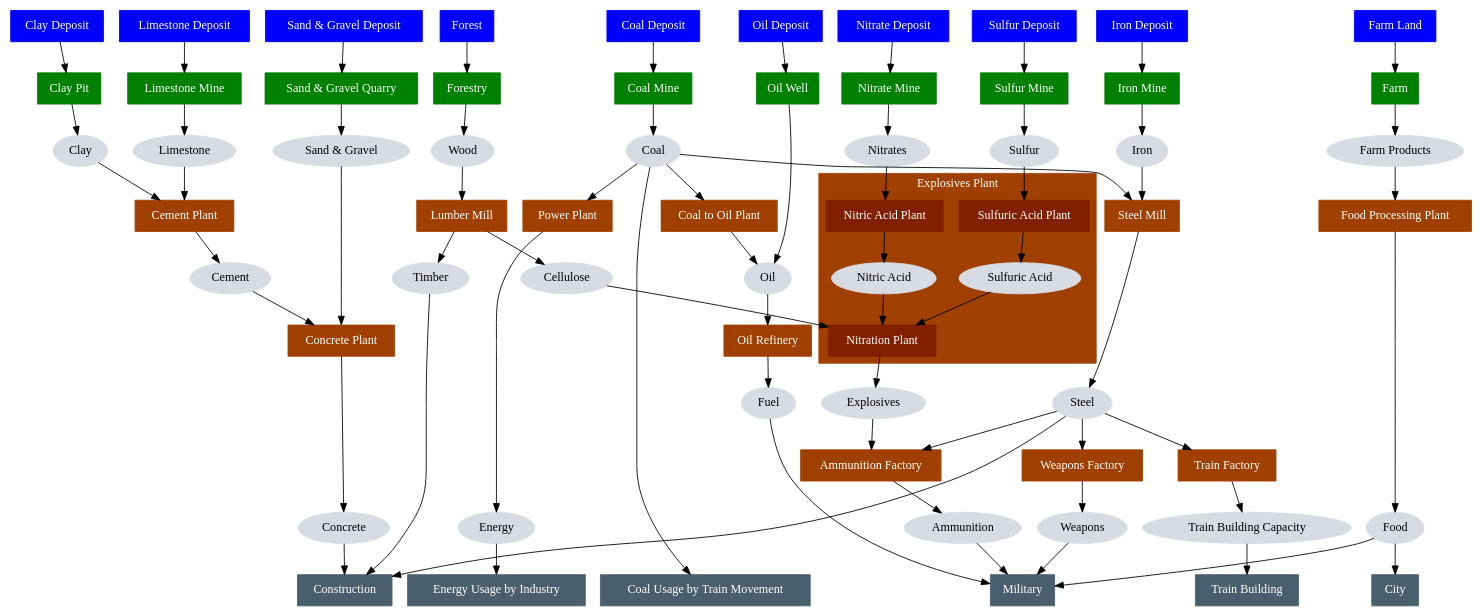
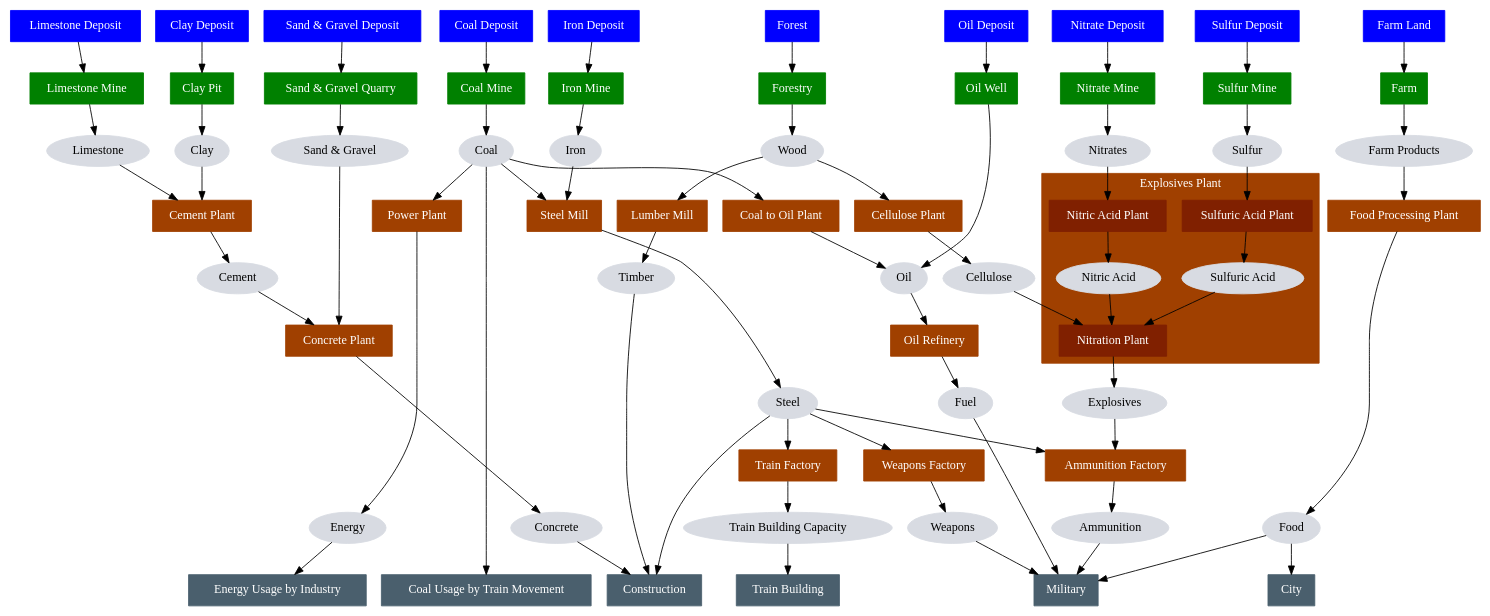
One commit to jurisk/train-simulator changed the diagram in flow.dot. Above: the diagram before and after it, drawn with Graphviz. The commit also changed 4 other files, not shown here.

```diff
--- a/flow.dot
+++ b/flow.dot
@@ -1,198 +1,200 @@
 digraph G {
     node [style = filled, fontcolor = white];
 
     // Zoning
     node [shape = box, color = blue];
     ClayDeposit [label = "Clay Deposit"];
     CoalDeposit [label = "Coal Deposit"];
     FarmLand [label = "Farm Land"];
     IronDeposit [label = "Iron Deposit"];
     LimestoneDeposit [label = "Limestone Deposit"];
     NitrateDeposit [label = "Nitrate Deposit"];
     OilDeposit [label = "Oil Deposit"];
     SandAndGravelDeposit [label = "Sand & Gravel Deposit"];
     SulfurDeposit [label = "Sulfur Deposit"];
     Forest [label = "Forest"];
 
     { rank = same; ClayDeposit; CoalDeposit; FarmLand; IronDeposit; LimestoneDeposit; NitrateDeposit; OilDeposit; SandAndGravelDeposit; SulfurDeposit; Forest; }
 
     // Raw materials extraction
     node [shape = box, color = green, style = filled];
     CoalMine [label = "Coal Mine"];
     IronMine [label = "Iron Mine"];
     Forestry [label = "Forestry"];
     SulfurMine [label = "Sulfur Mine"];
     NitrateMine [label = "Nitrate Mine"];
     OilWell [label = "Oil Well"];
     LimestoneMine [label = "Limestone Mine"];
     ClayPit [label = "Clay Pit"];
     SandAndGravelQuarry [label = "Sand & Gravel Quarry"];
     Farm [label = "Farm"];
     { rank = same; CoalMine; IronMine; Forestry; SulfurMine; NitrateMine; OilWell; LimestoneMine; ClayPit; SandAndGravelQuarry; Farm; }
 
     node [shape = box, color = "#a04000"];
     // https://en.wikipedia.org/wiki/Ferrous_metallurgy
     SteelMill [label = "Steel Mill"];
     WeaponsFactory [label = "Weapons Factory"];
     TrainFactory [label = "Train Factory"];
     LumberMill [label = "Lumber Mill"];
+    CellulosePlant [label = "Cellulose Plant"];
     AmmunitionFactory [label = "Ammunition Factory"];
     OilRefinery [label = "Oil Refinery"];
     CementPlant [label = "Cement Plant"];
     ConcretePlant [label = "Concrete Plant"];
     FoodProcessingPlant [label = "Food Processing Plant"];
     PowerPlant [label = "Power Plant"];
     CoalToOilPlant [label = "Coal to Oil Plant"];
 
     subgraph cluster_ExplosivesPlant {
         // This is being built together as otherwise it becomes too much micro-management
         // Later: Should we be considering the TNT aspects too?
         // See https://en.wikipedia.org/wiki/TNT#Preparation and https://en.wikipedia.org/wiki/Toluene#Production
         style = filled;
         color = "#a04000";
         fontcolor = white;
         label = "Explosives Plant";
         node [shape = box, color = "#802000", fontcolor = white];
 
         NitricAcidPlant [label = "Nitric Acid Plant"];
         SulfuricAcidPlant [label = "Sulfuric Acid Plant"];
         NitrationPlant [label = "Nitration Plant"];
 
         node [shape = ellipse, color = "#D8DBE2", fontcolor = black, style = filled];
         NitricAcid [label = "Nitric Acid"];
         SulfuricAcid [label = "Sulfuric Acid"];
     }
 
     // Final consumers
     node [shape = box, color = "#4A5F6D"];
     Construction [label = "Construction"];
     Military [label = "Military"];
     CoalUsageByTrainMovement [label = "Coal Usage by Train Movement"]
     TrainBuilding [label = "Train Building"];
     PowerPlant [label = "Power Plant"];
     City [label = "City"];
     EnergyUsageByIndustry [label = "Energy Usage by Industry"];
     { rank = same; Construction; Military; CoalUsageByTrainMovement; TrainBuilding; EnergyUsageByIndustry; City; }
 
     node [shape = ellipse, color = "#D8DBE2", fontcolor = black];
     // Later: There is also https://en.wikipedia.org/wiki/Coke_(fuel)
     Coal [label = "Coal"];
     Iron [label = "Iron"];
     Oil [label = "Oil"];
     Fuel [label = "Fuel"];
     // Later: What about https://en.wikipedia.org/wiki/Nitrogen_fixation#Industrial_processes and https://en.wikipedia.org/wiki/Haber_process ?
     // Should it be `Nitrates` or perhaps `Ammonia`?
     Nitrates [label = "Nitrates"];
     Sulfur [label = "Sulfur"];
     // It is `Nitrocellulose` and `TNT`
     Explosives [label = "Explosives"];
     Timber [label = "Timber"];
     Cellulose [label = "Cellulose"];
     Concrete [label = "Concrete"];
     Cement [label = "Cement"];
     SandAndGravel [label = "Sand & Gravel"];
     Clay [label = "Clay"];
     Limestone [label = "Limestone"];
     Weapons [label = "Weapons"];
     Ammunition [label = "Ammunition"];
     Steel [label = "Steel"];
     FarmProducts [label = "Farm Products"];
     Wood [label = "Wood"];
     Food [label = "Food"];
     { rank = same; Coal; Iron; Nitrates; Sulfur; FarmProducts; Nitrates; Sulfur; Wood; Limestone; Clay; SandAndGravel; }
     { rank = same; Energy; TrainBuildingCapacity; Weapons; Ammunition; Food; Concrete; }
     // TODO: What about `Troops` as cargo being transported?
     // Later: What about Tanks & Armored Vehicles?
     // Later: What about Horses & Mules?
     // Later: What about Rubber & Textiles?
     // Later: Lead and other metals?
 
     node [color = "darkblue", fontcolor = white];
     Energy [label = "Energy"];
     TrainBuildingCapacity [label = "Train Building Capacity"];
 
     CoalDeposit -> CoalMine;
     IronDeposit -> IronMine;
 
     CoalMine -> Coal;
     Coal -> SteelMill;
     Coal -> CoalUsageByTrainMovement;
     Coal -> PowerPlant;
     PowerPlant -> Energy;
     Energy -> EnergyUsageByIndustry;
 
     IronMine -> Iron;
     Iron -> SteelMill;
 
     OilDeposit -> OilWell;
     OilWell -> Oil;
     Oil -> OilRefinery;
     OilRefinery -> Fuel;
     Fuel -> Military;
 
     NitrateMine -> Nitrates;
     Nitrates -> NitricAcidPlant;
 
     SulfurMine -> Sulfur;
     Sulfur -> SulfuricAcidPlant;
 
     Forest -> Forestry;
     Forestry -> Wood;
     Wood -> LumberMill;
-    LumberMill -> Cellulose;
-    Cellulose -> NitrationPlant;
     LumberMill -> Timber;
     Timber -> Construction;
 
+    Wood -> CellulosePlant;
+    CellulosePlant -> Cellulose;
+    Cellulose -> NitrationPlant;
     NitrateDeposit -> NitrateMine;
     NitricAcidPlant -> NitricAcid;
     NitricAcid -> NitrationPlant;
 
     SulfurDeposit -> SulfurMine;
     SulfuricAcidPlant -> SulfuricAcid;
     SulfuricAcid -> NitrationPlant;
 
     NitrationPlant -> Explosives;
     Explosives -> AmmunitionFactory;
 
     AmmunitionFactory -> Ammunition;
     Ammunition -> Military;
     WeaponsFactory -> Weapons;
     Weapons -> Military;
 
     SteelMill -> Steel;
     Steel -> AmmunitionFactory;
     Steel -> WeaponsFactory;
     Steel -> Construction;
     Steel -> TrainFactory;
     TrainFactory -> TrainBuildingCapacity;
     TrainBuildingCapacity -> TrainBuilding;
 
     LimestoneDeposit -> LimestoneMine;
     LimestoneMine -> Limestone;
     Limestone -> CementPlant;
 
     ClayDeposit -> ClayPit;
     ClayPit -> Clay;
     Clay -> CementPlant;
 
     CementPlant -> Cement;
     Cement -> ConcretePlant;
 
     SandAndGravelDeposit -> SandAndGravelQuarry;
     SandAndGravelQuarry -> SandAndGravel;
     SandAndGravel -> ConcretePlant;
 
     ConcretePlant -> Concrete;
     Concrete -> Construction;
 
     FarmLand -> Farm;
     Farm -> FarmProducts;
     FarmProducts -> FoodProcessingPlant;
     FoodProcessingPlant -> Food;
     Food -> Military;
     Food -> City;
 
     Coal -> CoalToOilPlant;
     CoalToOilPlant -> Oil;
 }
```
